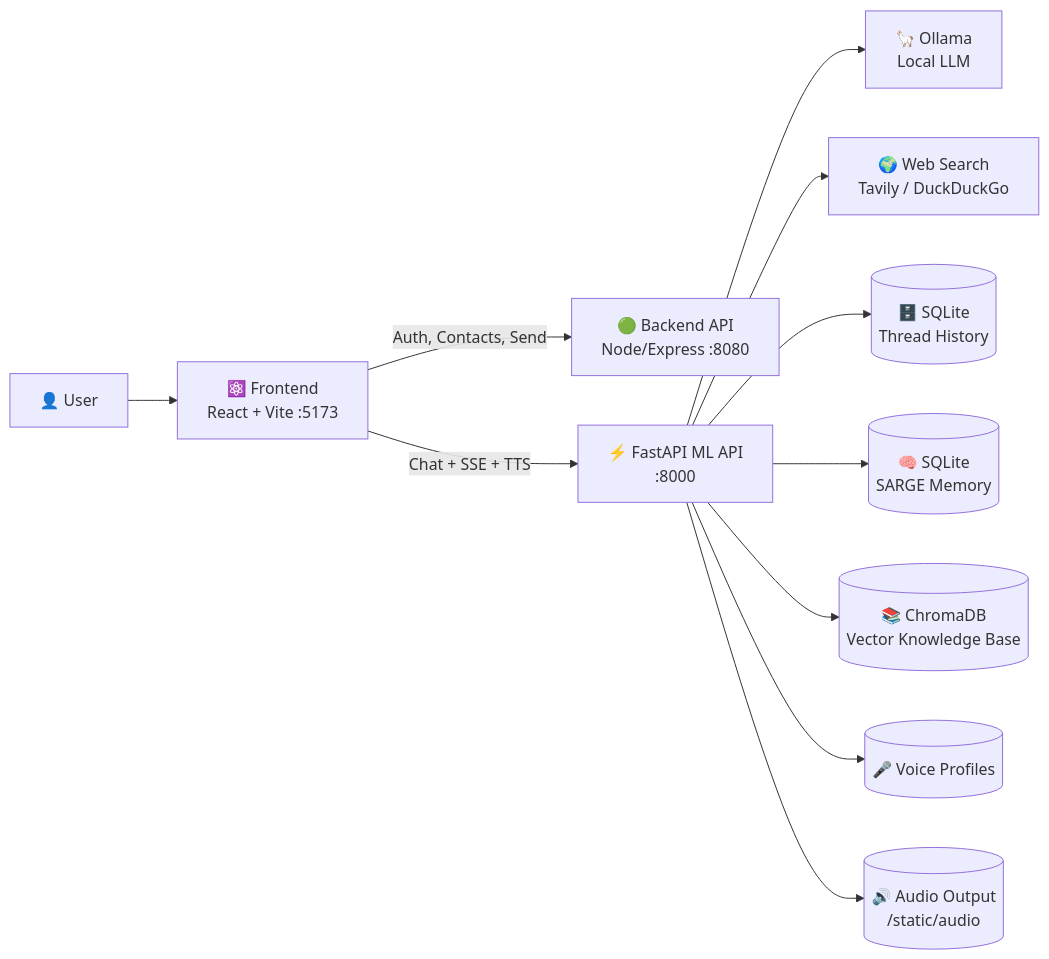
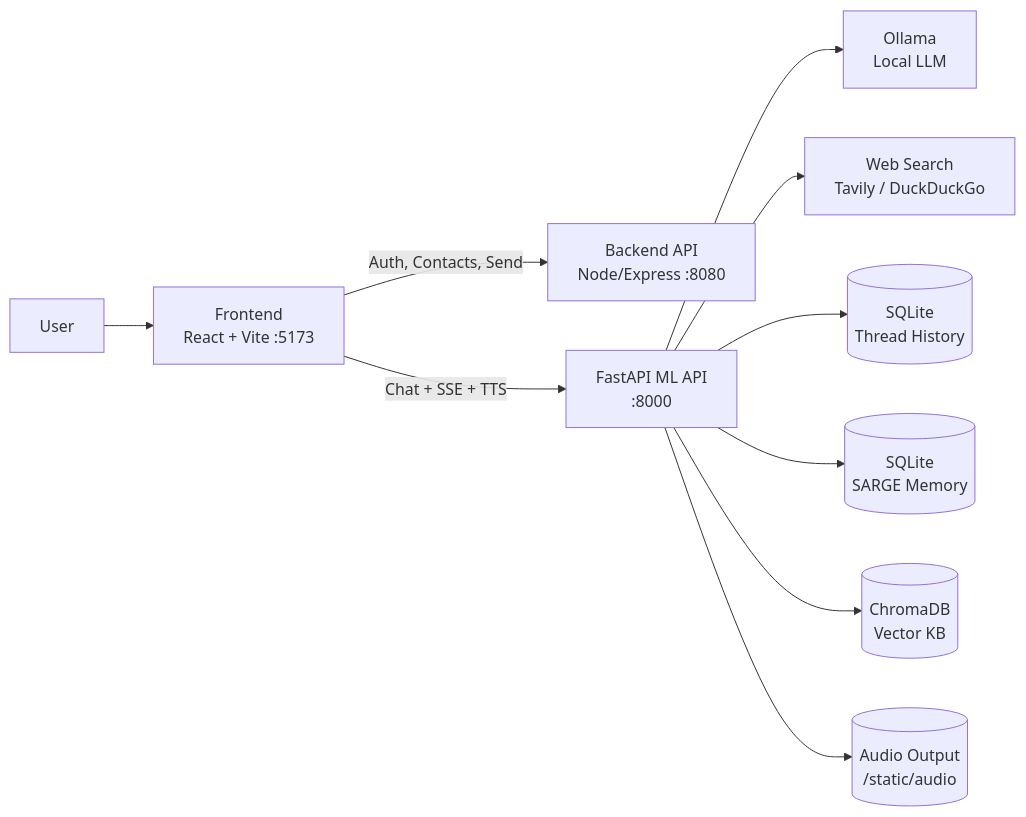
The first of 4 diagrams in README.md (derpx06/Outreach_bot), drawn with Mermaid before and after one commit. The commit also changed other lines of this file, not shown here.

````diff
--- a/README.md
+++ b/README.md
@@ -116,26 +112,24 @@
 ```mermaid
 flowchart LR
-    U[👤 User]
-    FE["⚛️ Frontend\nReact + Vite :5173"]
-    BE["🟢 Backend API\nNode/Express :8080"]
-    FA["⚡ FastAPI ML API\n:8000"]
-    OLL["🦙 Ollama\nLocal LLM"]
-    WEB["🌍 Web Search\nTavily / DuckDuckGo"]
-    SQL[("🗄️ SQLite\nThread History")]
-    SMEM[("🧠 SQLite\nSARGE Memory")]
-    KB[("📚 ChromaDB\nVector Knowledge Base")]
-    VP[("🎤 Voice Profiles")]
-    SA[("🔊 Audio Output\n/static/audio")]
+    U[User]
+    FE["Frontend\nReact + Vite :5173"]
+    BE["Backend API\nNode/Express :8080"]
+    FA["FastAPI ML API\n:8000"]
+    OLL["Ollama\nLocal LLM"]
+    WEB["Web Search\nTavily / DuckDuckGo"]
+    SQL[("SQLite\nThread History")]
+    SMEM[("SQLite\nSARGE Memory")]
+    KB[("ChromaDB\nVector KB")]
+    SA[("Audio Output\n/static/audio")]
 
     U --> FE
     FE -->|Auth, Contacts, Send| BE
     FE -->|Chat + SSE + TTS| FA
 
     FA --> OLL
     FA --> WEB
     FA --> SQL
     FA --> SMEM
     FA --> KB
-    FA --> VP
     FA --> SA
 ```
````
